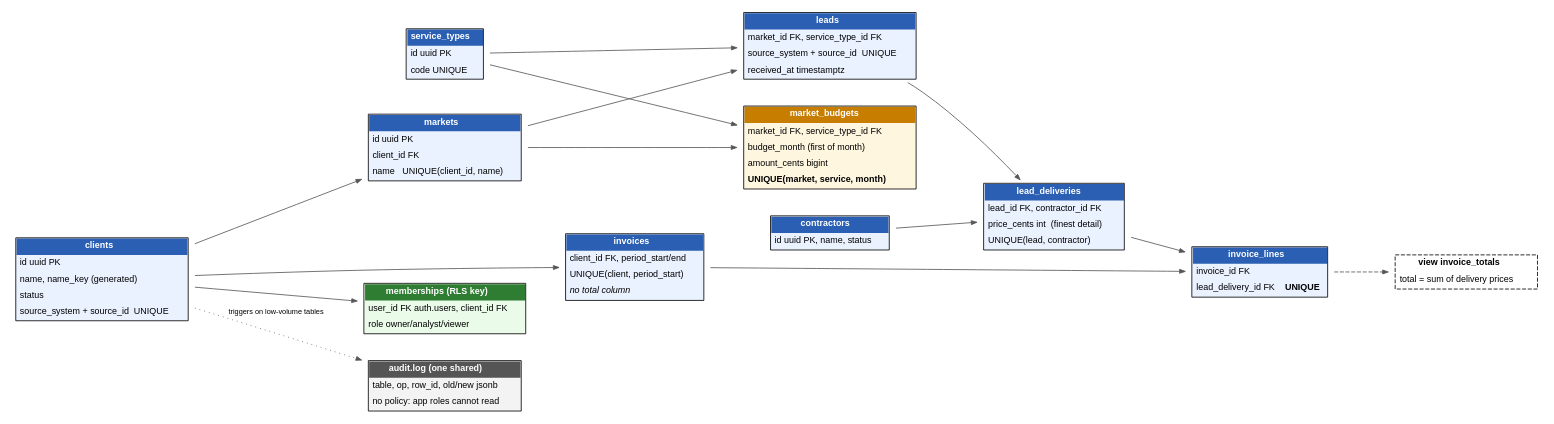
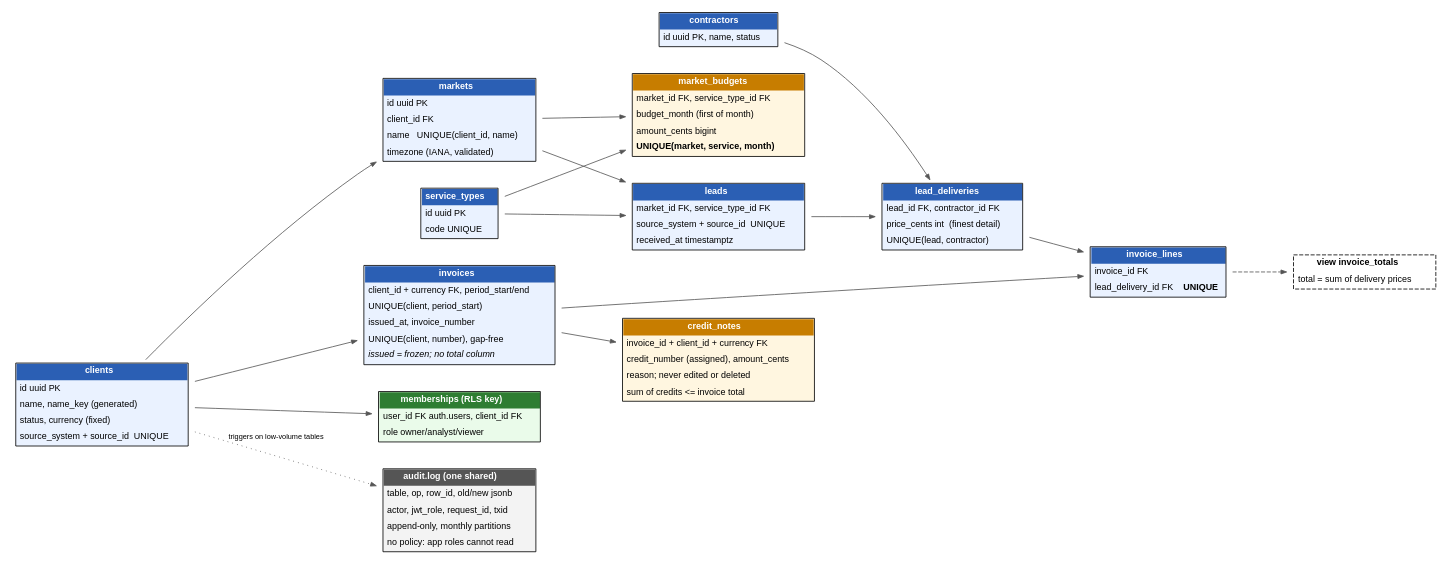
Before and after one commit to imjahanzaib/leadgen-db-reference: the diagram in docs/erd.dot, drawn with Graphviz. The commit also changed 8 other files, not shown here.

First line of the commit message:
Billing integrity: frozen invoices, gap-free numbers, currency, credit notes; upgrade-path and concurrency tests

```diff
--- a/docs/erd.dot
+++ b/docs/erd.dot
@@ -1,20 +1,21 @@
 digraph erd {
   rankdir=LR; bgcolor="white"; nodesep=0.35; ranksep=0.9;
   node [shape=plaintext, fontname="Helvetica", fontsize=11];
   edge [color="#555555", arrowsize=0.7, fontname="Helvetica", fontsize=9];
-  clients [label=<<table border="1" cellborder="0" cellspacing="0" cellpadding="4" bgcolor="#EAF2FF"><tr><td bgcolor="#2B5FB4"><font color="white"><b>clients</b></font></td></tr><tr><td align="left">id uuid PK</td></tr><tr><td align="left">name, name_key (generated)</td></tr><tr><td align="left">status</td></tr><tr><td align="left">source_system + source_id  UNIQUE</td></tr></table>>];
-  markets [label=<<table border="1" cellborder="0" cellspacing="0" cellpadding="4" bgcolor="#EAF2FF"><tr><td bgcolor="#2B5FB4"><font color="white"><b>markets</b></font></td></tr><tr><td align="left">id uuid PK</td></tr><tr><td align="left">client_id FK</td></tr><tr><td align="left">name   UNIQUE(client_id, name)</td></tr></table>>];
+  clients [label=<<table border="1" cellborder="0" cellspacing="0" cellpadding="4" bgcolor="#EAF2FF"><tr><td bgcolor="#2B5FB4"><font color="white"><b>clients</b></font></td></tr><tr><td align="left">id uuid PK</td></tr><tr><td align="left">name, name_key (generated)</td></tr><tr><td align="left">status, currency (fixed)</td></tr><tr><td align="left">source_system + source_id  UNIQUE</td></tr></table>>];
+  markets [label=<<table border="1" cellborder="0" cellspacing="0" cellpadding="4" bgcolor="#EAF2FF"><tr><td bgcolor="#2B5FB4"><font color="white"><b>markets</b></font></td></tr><tr><td align="left">id uuid PK</td></tr><tr><td align="left">client_id FK</td></tr><tr><td align="left">name   UNIQUE(client_id, name)</td></tr><tr><td align="left">timezone (IANA, validated)</td></tr></table>>];
   service_types [label=<<table border="1" cellborder="0" cellspacing="0" cellpadding="4" bgcolor="#EAF2FF"><tr><td bgcolor="#2B5FB4"><font color="white"><b>service_types</b></font></td></tr><tr><td align="left">id uuid PK</td></tr><tr><td align="left">code UNIQUE</td></tr></table>>];
   market_budgets [label=<<table border="1" cellborder="0" cellspacing="0" cellpadding="4" bgcolor="#FFF6E0"><tr><td bgcolor="#C77D00"><font color="white"><b>market_budgets</b></font></td></tr><tr><td align="left">market_id FK, service_type_id FK</td></tr><tr><td align="left">budget_month (first of month)</td></tr><tr><td align="left">amount_cents bigint</td></tr><tr><td align="left"><b>UNIQUE(market, service, month)</b></td></tr></table>>];
   leads [label=<<table border="1" cellborder="0" cellspacing="0" cellpadding="4" bgcolor="#EAF2FF"><tr><td bgcolor="#2B5FB4"><font color="white"><b>leads</b></font></td></tr><tr><td align="left">market_id FK, service_type_id FK</td></tr><tr><td align="left">source_system + source_id  UNIQUE</td></tr><tr><td align="left">received_at timestamptz</td></tr></table>>];
   contractors [label=<<table border="1" cellborder="0" cellspacing="0" cellpadding="4" bgcolor="#EAF2FF"><tr><td bgcolor="#2B5FB4"><font color="white"><b>contractors</b></font></td></tr><tr><td align="left">id uuid PK, name, status</td></tr></table>>];
   lead_deliveries [label=<<table border="1" cellborder="0" cellspacing="0" cellpadding="4" bgcolor="#EAF2FF"><tr><td bgcolor="#2B5FB4"><font color="white"><b>lead_deliveries</b></font></td></tr><tr><td align="left">lead_id FK, contractor_id FK</td></tr><tr><td align="left">price_cents int  (finest detail)</td></tr><tr><td align="left">UNIQUE(lead, contractor)</td></tr></table>>];
-  invoices [label=<<table border="1" cellborder="0" cellspacing="0" cellpadding="4" bgcolor="#EAF2FF"><tr><td bgcolor="#2B5FB4"><font color="white"><b>invoices</b></font></td></tr><tr><td align="left">client_id FK, period_start/end</td></tr><tr><td align="left">UNIQUE(client, period_start)</td></tr><tr><td align="left"><i>no total column</i></td></tr></table>>];
+  invoices [label=<<table border="1" cellborder="0" cellspacing="0" cellpadding="4" bgcolor="#EAF2FF"><tr><td bgcolor="#2B5FB4"><font color="white"><b>invoices</b></font></td></tr><tr><td align="left">client_id + currency FK, period_start/end</td></tr><tr><td align="left">UNIQUE(client, period_start)</td></tr><tr><td align="left">issued_at, invoice_number</td></tr><tr><td align="left">UNIQUE(client, number), gap-free</td></tr><tr><td align="left"><i>issued = frozen; no total column</i></td></tr></table>>];
   invoice_lines [label=<<table border="1" cellborder="0" cellspacing="0" cellpadding="4" bgcolor="#EAF2FF"><tr><td bgcolor="#2B5FB4"><font color="white"><b>invoice_lines</b></font></td></tr><tr><td align="left">invoice_id FK</td></tr><tr><td align="left">lead_delivery_id FK <b>UNIQUE</b></td></tr></table>>];
   memberships [label=<<table border="1" cellborder="0" cellspacing="0" cellpadding="4" bgcolor="#EAFBEA"><tr><td bgcolor="#2E7D32"><font color="white"><b>memberships (RLS key)</b></font></td></tr><tr><td align="left">user_id FK auth.users, client_id FK</td></tr><tr><td align="left">role owner/analyst/viewer</td></tr></table>>];
-  audit [label=<<table border="1" cellborder="0" cellspacing="0" cellpadding="4" bgcolor="#F3F3F3"><tr><td bgcolor="#555555"><font color="white"><b>audit.log (one shared)</b></font></td></tr><tr><td align="left">table, op, row_id, old/new jsonb</td></tr><tr><td align="left">no policy: app roles cannot read</td></tr></table>>];
+  audit [label=<<table border="1" cellborder="0" cellspacing="0" cellpadding="4" bgcolor="#F3F3F3"><tr><td bgcolor="#555555"><font color="white"><b>audit.log (one shared)</b></font></td></tr><tr><td align="left">table, op, row_id, old/new jsonb</td></tr><tr><td align="left">actor, jwt_role, request_id, txid</td></tr><tr><td align="left">append-only, monthly partitions</td></tr><tr><td align="left">no policy: app roles cannot read</td></tr></table>>];
+  credit_notes [label=<<table border="1" cellborder="0" cellspacing="0" cellpadding="4" bgcolor="#FFF6E0"><tr><td bgcolor="#C77D00"><font color="white"><b>credit_notes</b></font></td></tr><tr><td align="left">invoice_id + client_id + currency FK</td></tr><tr><td align="left">credit_number (assigned), amount_cents</td></tr><tr><td align="left">reason; never edited or deleted</td></tr><tr><td align="left">sum of credits &lt;= invoice total</td></tr></table>>];
   invoice_totals [label=<<table border="1" cellborder="0" cellspacing="0" cellpadding="4" bgcolor="#FFFFFF" style="dashed"><tr><td><b>view invoice_totals</b></td></tr><tr><td align="left">total = sum of delivery prices</td></tr></table>>];
   clients -> markets; markets -> market_budgets; service_types -> market_budgets; markets -> leads; service_types -> leads;
   leads -> lead_deliveries; contractors -> lead_deliveries; clients -> invoices; invoices -> invoice_lines; lead_deliveries -> invoice_lines;
-  clients -> memberships; invoice_lines -> invoice_totals [style=dashed]; clients -> audit [style=dotted, label="triggers on low-volume tables"];
+  invoices -> credit_notes; clients -> memberships; invoice_lines -> invoice_totals [style=dashed]; clients -> audit [style=dotted, label="triggers on low-volume tables"];
 }
```
